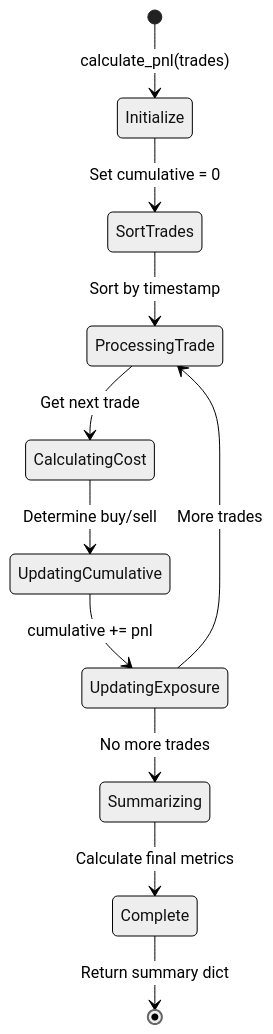
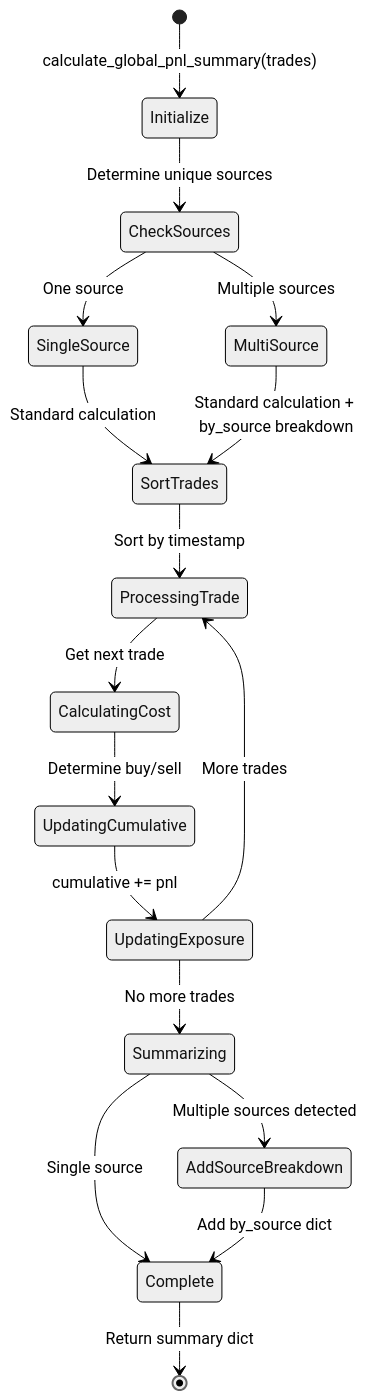
Before and after one commit to Frostbite1536/Prediction_Analyzer: the sixth of 13 diagrams in docs/STATE_MACHINE_DIAGRAMS.md, drawn with Mermaid (neutral theme). The commit also changed other lines of this file and 6 other files, not shown here.

````diff
--- a/docs/STATE_MACHINE_DIAGRAMS.md
+++ b/docs/STATE_MACHINE_DIAGRAMS.md
@@ -204,21 +315,30 @@
 ```mermaid
 stateDiagram-v2
-    [*] --> Initialize: calculate_pnl(trades)
+    [*] --> Initialize: calculate_global_pnl_summary(trades)
 
-    Initialize --> SortTrades: Set cumulative = 0
+    Initialize --> CheckSources: Determine unique sources
+
+    CheckSources --> SingleSource: One source
+    CheckSources --> MultiSource: Multiple sources
+
+    SingleSource --> SortTrades: Standard calculation
+    MultiSource --> SortTrades: Standard calculation + by_source breakdown
 
     SortTrades --> ProcessingTrade: Sort by timestamp
 
     ProcessingTrade --> CalculatingCost: Get next trade
 
     CalculatingCost --> UpdatingCumulative: Determine buy/sell
 
     UpdatingCumulative --> UpdatingExposure: cumulative += pnl
 
     UpdatingExposure --> ProcessingTrade: More trades
     UpdatingExposure --> Summarizing: No more trades
 
-    Summarizing --> Complete: Calculate final metrics
+    Summarizing --> AddSourceBreakdown: Multiple sources detected
+    Summarizing --> Complete: Single source
+
+    AddSourceBreakdown --> Complete: Add by_source dict
 
     Complete --> [*]: Return summary dict
 ```
````
